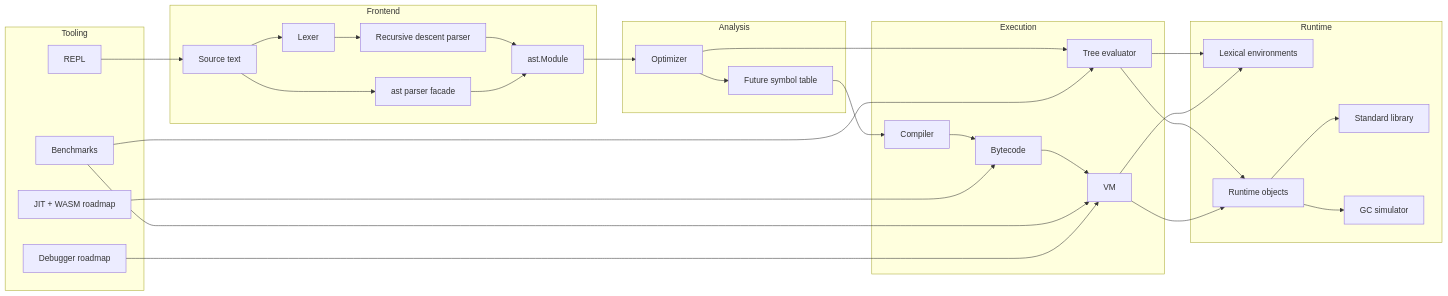
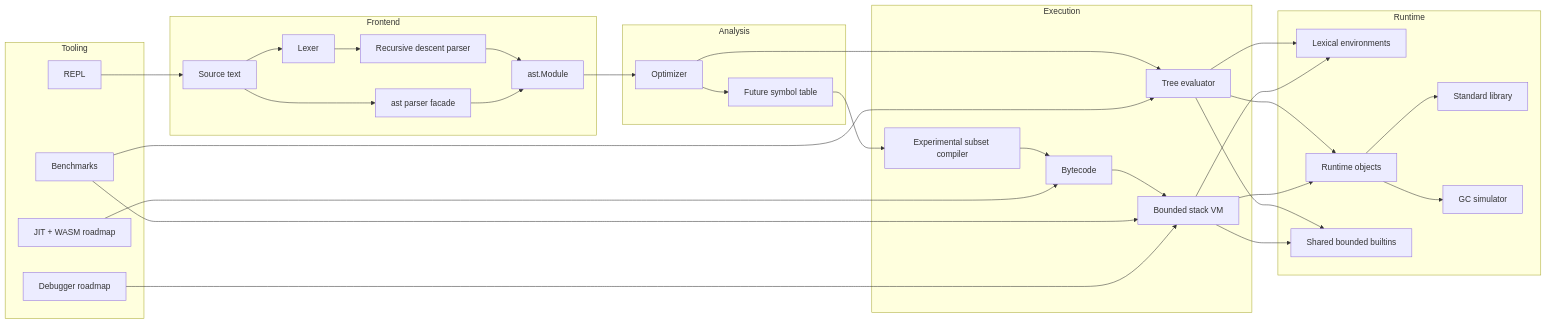
The diagram in docs/ARCHITECTURE.md (Sebby1770/PyMini), drawn with Mermaid before and after one commit. The commit also changed other lines of this file and 46 other files, not shown here.

Commit message:
Harden architecture, performance, and releases

````diff
--- a/docs/ARCHITECTURE.md
+++ b/docs/ARCHITECTURE.md
@@ -3,52 +3,55 @@
 ```mermaid
 flowchart LR
     subgraph Frontend
         Source["Source text"]
         Lexer["Lexer"]
         RD["Recursive descent parser"]
         ASTFacade["ast parser facade"]
         AST["ast.Module"]
     end
 
     subgraph Analysis
         Opt["Optimizer"]
         Symbols["Future symbol table"]
     end
 
     subgraph Execution
         Eval["Tree evaluator"]
-        Compile["Compiler"]
+        Compile["Experimental subset compiler"]
         BC["Bytecode"]
-        VM["VM"]
+        VM["Bounded stack VM"]
     end
 
     subgraph Runtime
         Env["Lexical environments"]
         Obj["Runtime objects"]
+        Builtins["Shared bounded builtins"]
         Std["Standard library"]
         Mem["GC simulator"]
     end
 
     subgraph Tooling
         Repl["REPL"]
         Bench["Benchmarks"]
         Debug["Debugger roadmap"]
         Targets["JIT + WASM roadmap"]
     end
 
     Source --> Lexer --> RD --> AST
     Source --> ASTFacade --> AST
     AST --> Opt --> Eval
     Opt --> Symbols --> Compile --> BC --> VM
     Eval --> Env
     Eval --> Obj
+    Eval --> Builtins
     VM --> Env
     VM --> Obj
+    VM --> Builtins
     Obj --> Std
     Obj --> Mem
     Repl --> Source
     Bench --> Eval
     Bench --> VM
     Debug --> VM
     Targets --> BC
 ```
````
